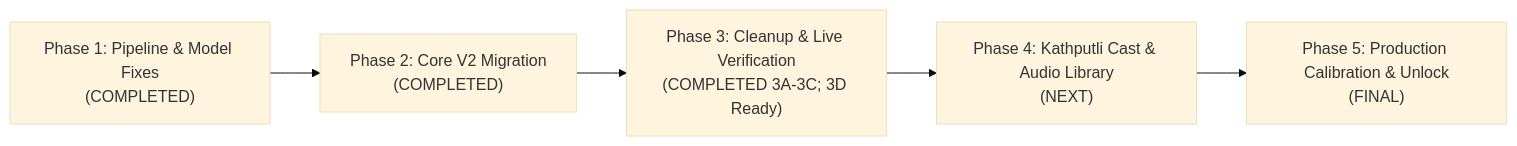
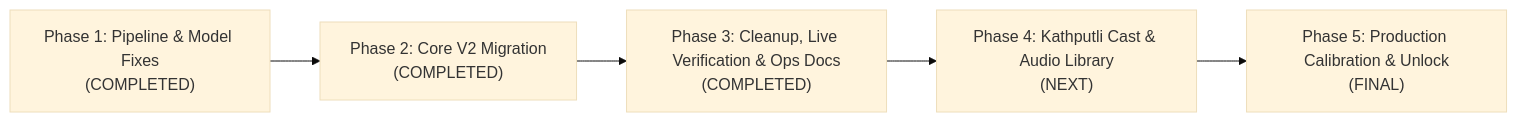
The diagram in docs/IMPLEMENTATION_PLAN.md (manishborikar92/Sutradhar), drawn with Mermaid (base theme) before and after one commit. The commit also changed other lines of this file and 2 other files, not shown here.

First line of the commit message:
docs(operations): Clarify Manual Daily Execution workflow and Phase 3D completion status

````diff
--- a/docs/IMPLEMENTATION_PLAN.md
+++ b/docs/IMPLEMENTATION_PLAN.md
@@ -213,7 +213,7 @@
 ```mermaid
 flowchart LR
     P1["Phase 1: Pipeline & Model Fixes<br/>(COMPLETED)"] --> P2["Phase 2: Core V2 Migration<br/>(COMPLETED)"]
-    P2 --> P3["Phase 3: Cleanup & Live Verification<br/>(COMPLETED 3A-3C; 3D Ready)"]
+    P2 --> P3["Phase 3: Cleanup, Live Verification & Ops Docs<br/>(COMPLETED)"]
     P3 --> P4["Phase 4: Kathputli Cast & Audio Library<br/>(NEXT)"]
     P4 --> P5["Phase 5: Production Calibration & Unlock<br/>(FINAL)"]
 ```
````
